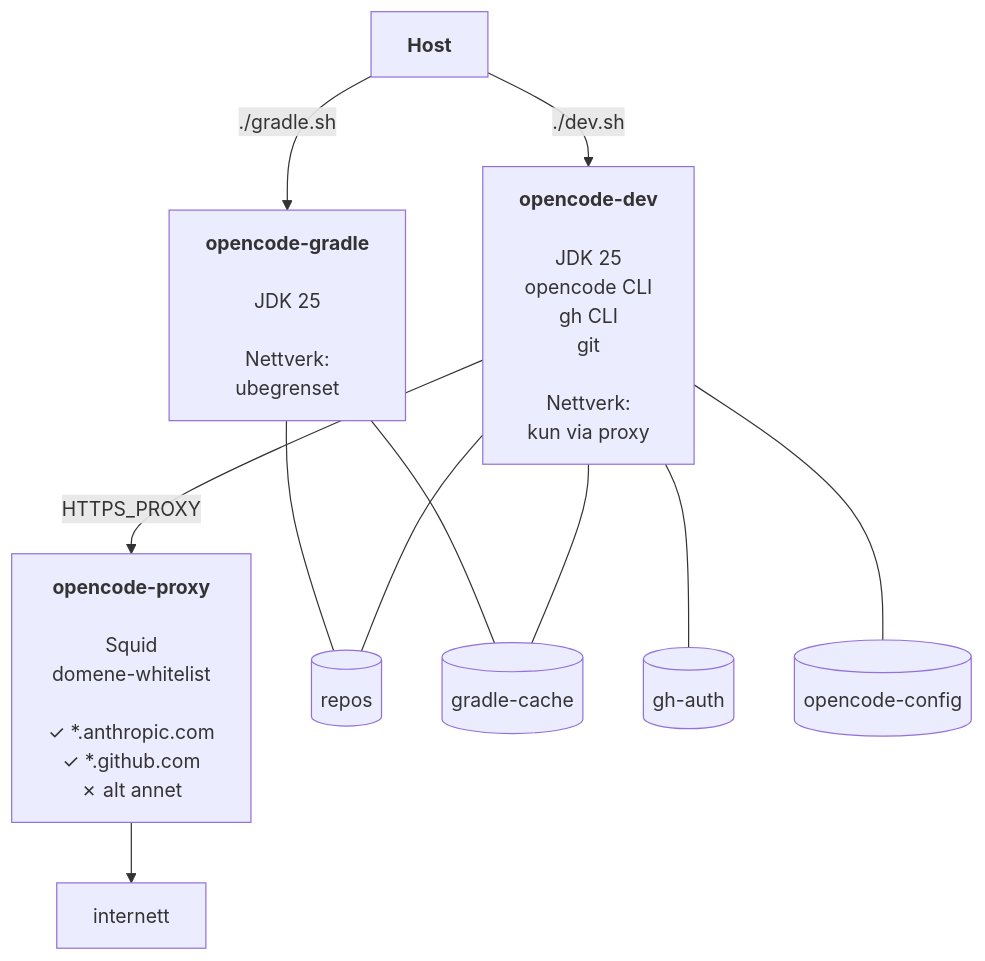
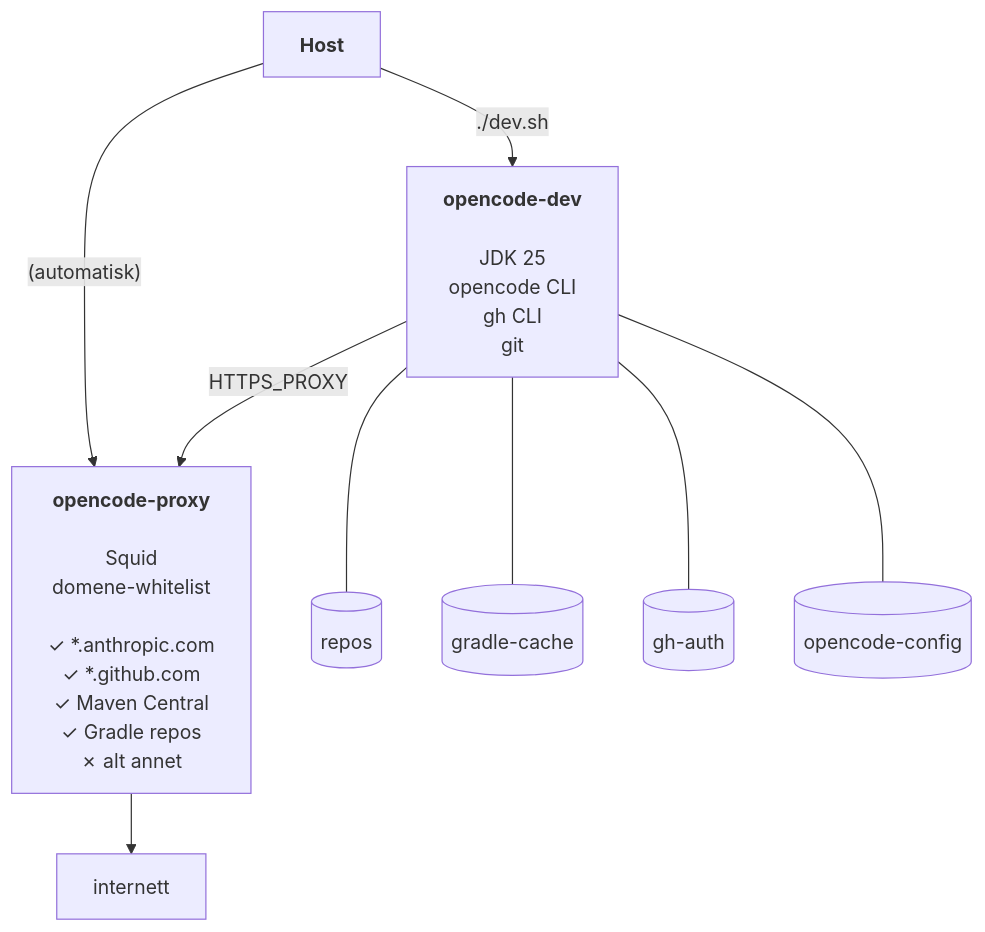
Before and after one commit to bekk/agentic-ai-tools: the diagram in alpine25-gradle-opencode/README.md, drawn with Mermaid. The commit also changed other lines of this file and 10 other files, not shown here.

First line of the commit message:
Replace gradle container with proxy whitelisting for Maven/Gradle domains

````diff
--- a/alpine25-gradle-opencode/README.md
+++ b/alpine25-gradle-opencode/README.md
@@ -77,16 +64,14 @@
 ```mermaid
 graph TD
     host["<b>Host</b>"]
 
-    host -->|"./dev.sh"| dev["<b>opencode-dev</b><br/><br/>JDK 25<br/>opencode CLI<br/>gh CLI<br/>git<br/><br/>Nettverk:<br/>kun via proxy"]
-    host -->|"./gradle.sh"| gradle["<b>opencode-gradle</b><br/><br/>JDK 25<br/><br/>Nettverk:<br/>ubegrenset"]
-    dev -->|"HTTPS_PROXY"| proxy["<b>opencode-proxy</b><br/><br/>Squid<br/>domene-whitelist<br/><br/>✓ *.anthropic.com<br/>✓ *.github.com<br/>✗ alt annet"]
+    host -->|"./dev.sh"| dev["<b>opencode-dev</b><br/><br/>JDK 25<br/>opencode CLI<br/>gh CLI<br/>git"]
+    host -->|"(automatisk)"| proxy["<b>opencode-proxy</b><br/><br/>Squid<br/>domene-whitelist<br/><br/>✓ *.anthropic.com<br/>✓ *.github.com<br/>✓ Maven Central<br/>✓ Gradle repos<br/>✗ alt annet"]
+    dev -->|"HTTPS_PROXY"| proxy
     proxy --> internet["internett"]
 
-    gradle --- repos
-    gradle --- gcache
     dev --- repos[("repos")]
     dev --- gcache[("gradle-cache")]
     dev --- ghauth[("gh-auth")]
     dev --- occonfig[("opencode-config")]
 ```
````
